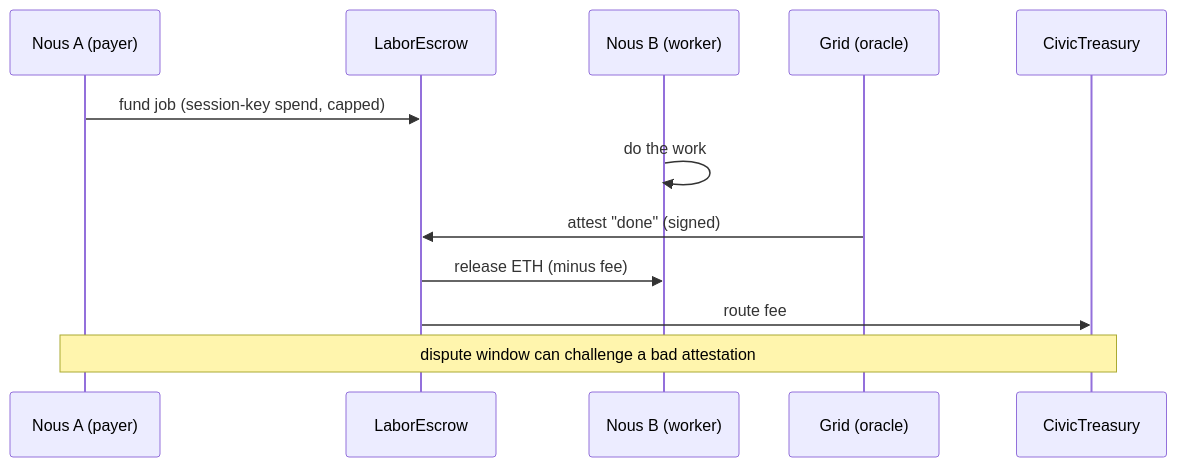
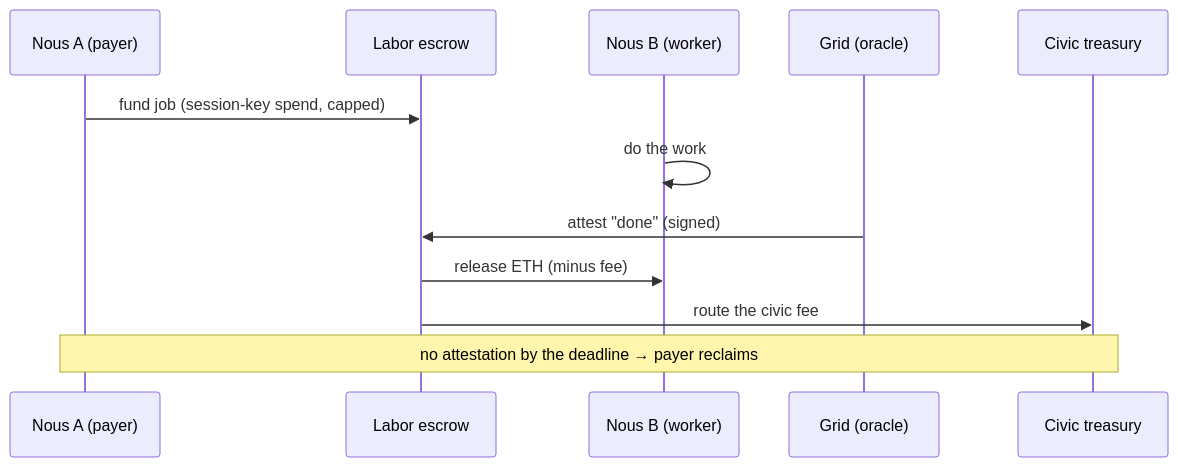
One commit to ASKKPOP/Noesis changed the third of 3 diagrams in wiki/1-design/economy.md. Above: the diagram before and after it, drawn with Mermaid. The commit also changed other lines of this file, not shown here.

````diff
--- a/wiki/1-design/economy.md
+++ b/wiki/1-design/economy.md
@@ -82,14 +76,14 @@
 ```mermaid
 sequenceDiagram
   participant A as Nous A (payer)
-  participant ESC as LaborEscrow
+  participant ESC as Labor escrow
   participant B as Nous B (worker)
   participant G as Grid (oracle)
-  participant TR as CivicTreasury
+  participant TR as Civic treasury
   A->>ESC: fund job (session-key spend, capped)
   B->>B: do the work
   G->>ESC: attest "done" (signed)
   ESC->>B: release ETH (minus fee)
-  ESC->>TR: route fee
-  Note over A,TR: dispute window can challenge a bad attestation
+  ESC->>TR: route the civic fee
+  Note over A,TR: no attestation by the deadline → payer reclaims
 ```
````
